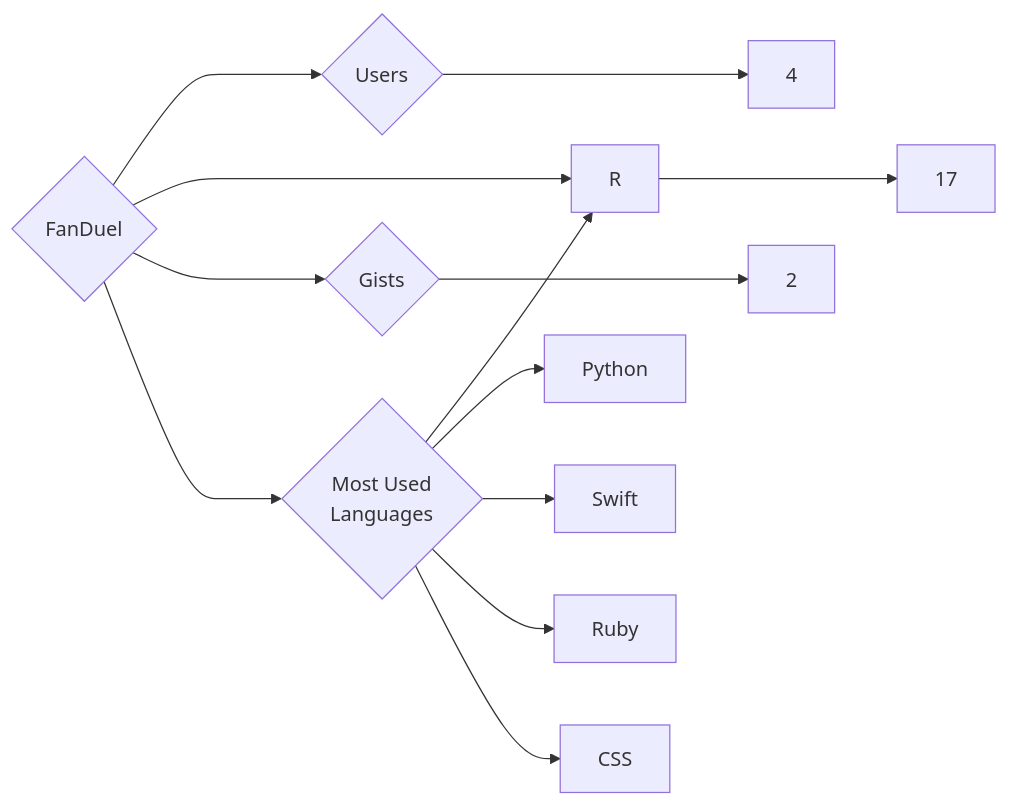
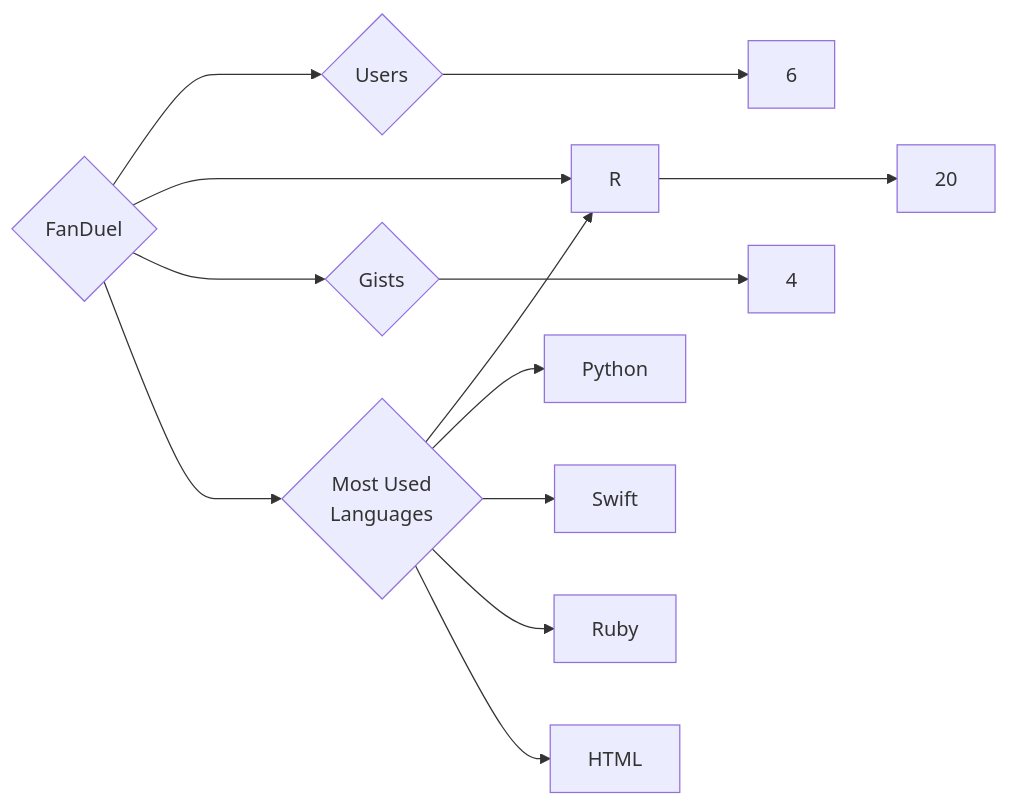
One commit to trickest/insiders changed the diagram in targets/FanDuel/README.md. Above: the diagram before and after it, drawn with Mermaid. The commit also changed 1055 other files, not shown here.

````diff
--- a/targets/FanDuel/README.md
+++ b/targets/FanDuel/README.md
@@ -3,13 +3,13 @@
 ```mermaid
 graph LR
 COMPANY_NAME{FanDuel}
-COMPANY_NAME ---> U{Users} ---> UN[4]
-COMPANY_NAME ---> R{Repositories} ---> RN[17]
-COMPANY_NAME ---> G{Gists} ---> GN[2]
+COMPANY_NAME ---> U{Users} ---> UN[6]
+COMPANY_NAME ---> R{Repositories} ---> RN[20]
+COMPANY_NAME ---> G{Gists} ---> GN[4]
 COMPANY_NAME ---> ML{Most Used<br>Languages}
 ML --> R[R]
 ML --> Python[Python]
 ML --> Swift[Swift]
 ML --> Ruby[Ruby]
-ML --> CSS[CSS]
+ML --> HTML[HTML]
 ```
````
